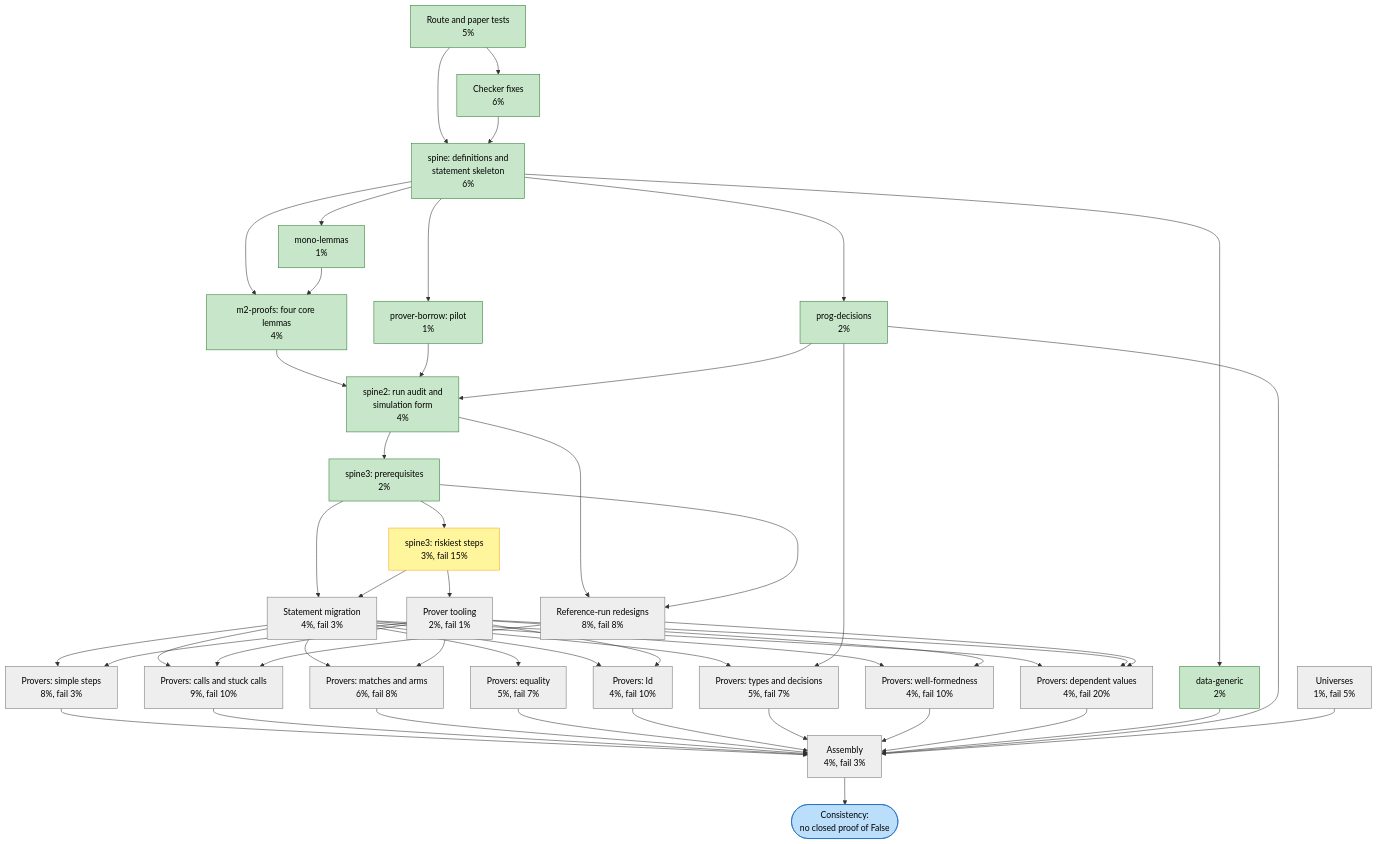
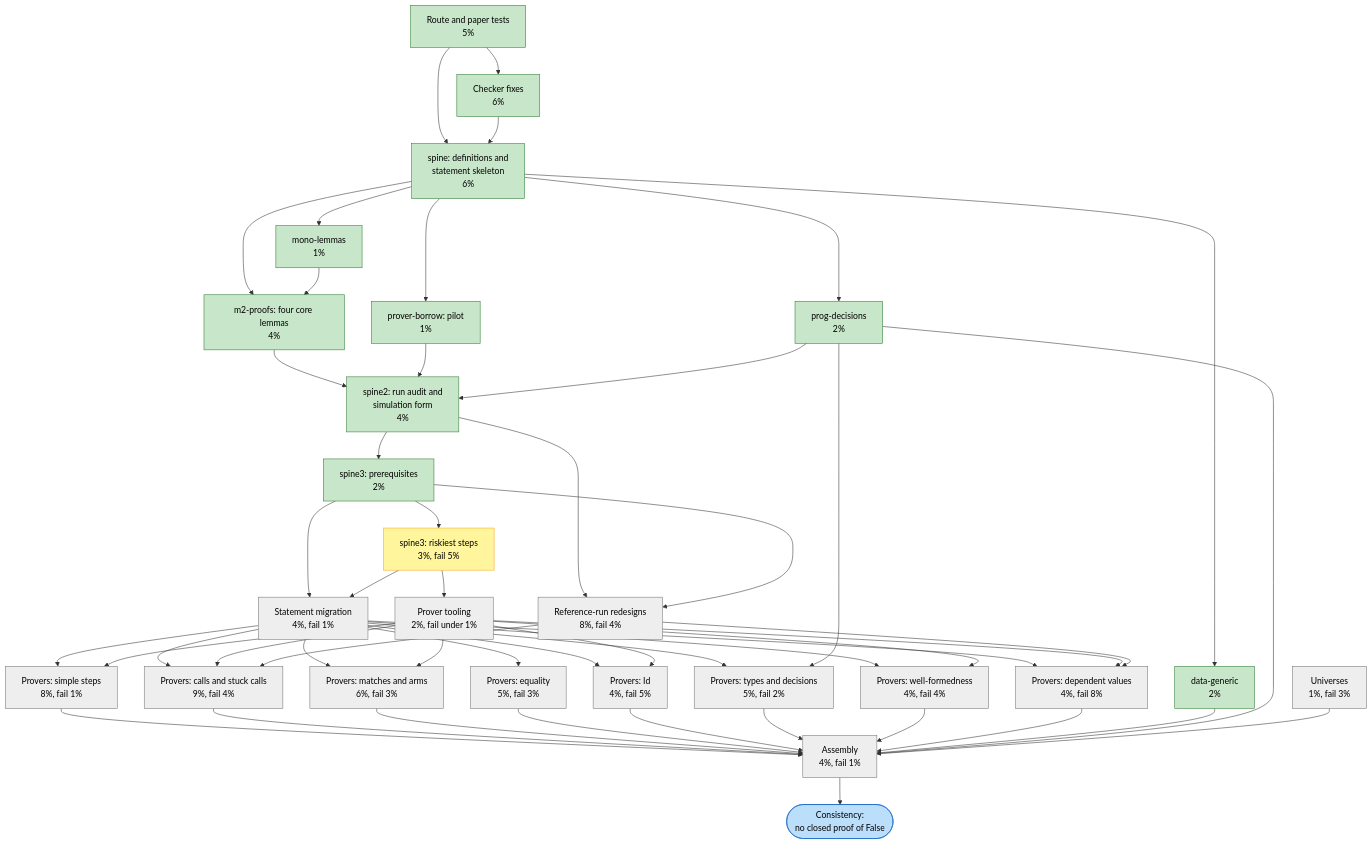
The diagram in ochr/docs/32-consistency-work-units.md (charlielidbury/ochre), drawn with Mermaid before and after one commit. The commit also changed other lines of this file, not shown here.

```diff
--- a/ochr/docs/32-consistency-work-units.md
+++ b/ochr/docs/32-consistency-work-units.md
@@ -76,22 +75,22 @@
 
     spine3a["spine3: prerequisites<br/>2%"]:::done
 
-    spine3["spine3: riskiest steps<br/>3%, fail 15%"]:::running
-    migrate["Statement migration<br/>4%, fail 3%"]:::todo
-    redesign["Reference-run redesigns<br/>8%, fail 8%"]:::todo
-    tooling["Prover tooling<br/>2%, fail 1%"]:::todo
+    spine3["spine3: riskiest steps<br/>3%, fail 5%"]:::running
+    migrate["Statement migration<br/>4%, fail 1%"]:::todo
+    redesign["Reference-run redesigns<br/>8%, fail 4%"]:::todo
+    tooling["Prover tooling<br/>2%, fail under 1%"]:::todo
 
-    pSimple["Provers: simple steps<br/>8%, fail 3%"]:::todo
-    pCalls["Provers: calls and stuck calls<br/>9%, fail 10%"]:::todo
-    pMatch["Provers: matches and arms<br/>6%, fail 8%"]:::todo
-    pEq["Provers: equality<br/>5%, fail 7%"]:::todo
-    pId["Provers: Id<br/>4%, fail 10%"]:::todo
-    pTypes["Provers: types and decisions<br/>5%, fail 7%"]:::todo
-    pWF["Provers: well-formedness<br/>4%, fail 10%"]:::todo
-    pDep["Provers: dependent values<br/>4%, fail 20%"]:::todo
+    pSimple["Provers: simple steps<br/>8%, fail 1%"]:::todo
+    pCalls["Provers: calls and stuck calls<br/>9%, fail 4%"]:::todo
+    pMatch["Provers: matches and arms<br/>6%, fail 3%"]:::todo
+    pEq["Provers: equality<br/>5%, fail 3%"]:::todo
+    pId["Provers: Id<br/>4%, fail 5%"]:::todo
+    pTypes["Provers: types and decisions<br/>5%, fail 2%"]:::todo
+    pWF["Provers: well-formedness<br/>4%, fail 4%"]:::todo
+    pDep["Provers: dependent values<br/>4%, fail 8%"]:::todo
 
-    universes["Universes<br/>1%, fail 5%"]:::todo
-    assembly["Assembly<br/>4%, fail 3%"]:::todo
+    universes["Universes<br/>1%, fail 3%"]:::todo
+    assembly["Assembly<br/>4%, fail 1%"]:::todo
     goal(["Consistency:<br/>no closed proof of False"]):::goal
 
     tests --> fixes
```
